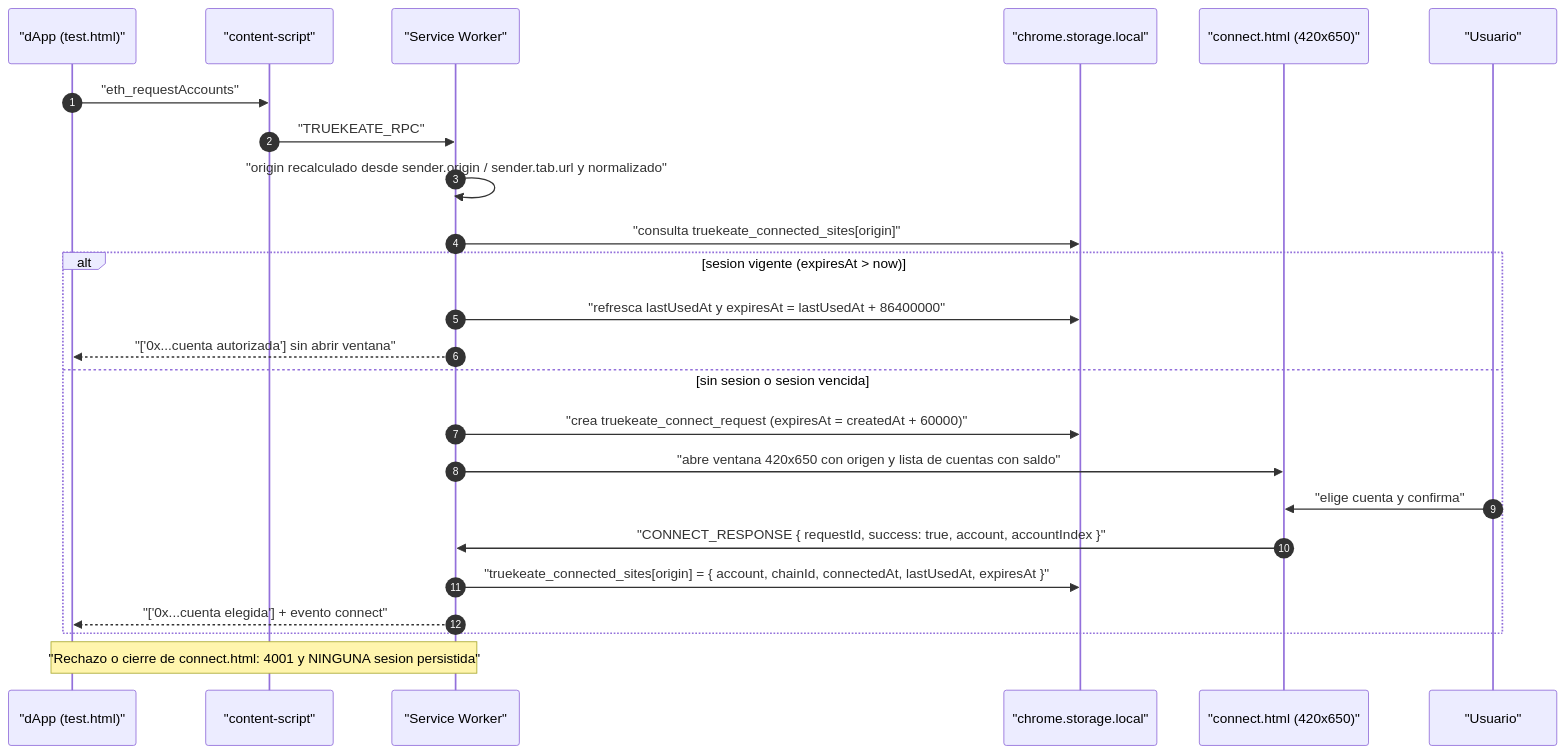
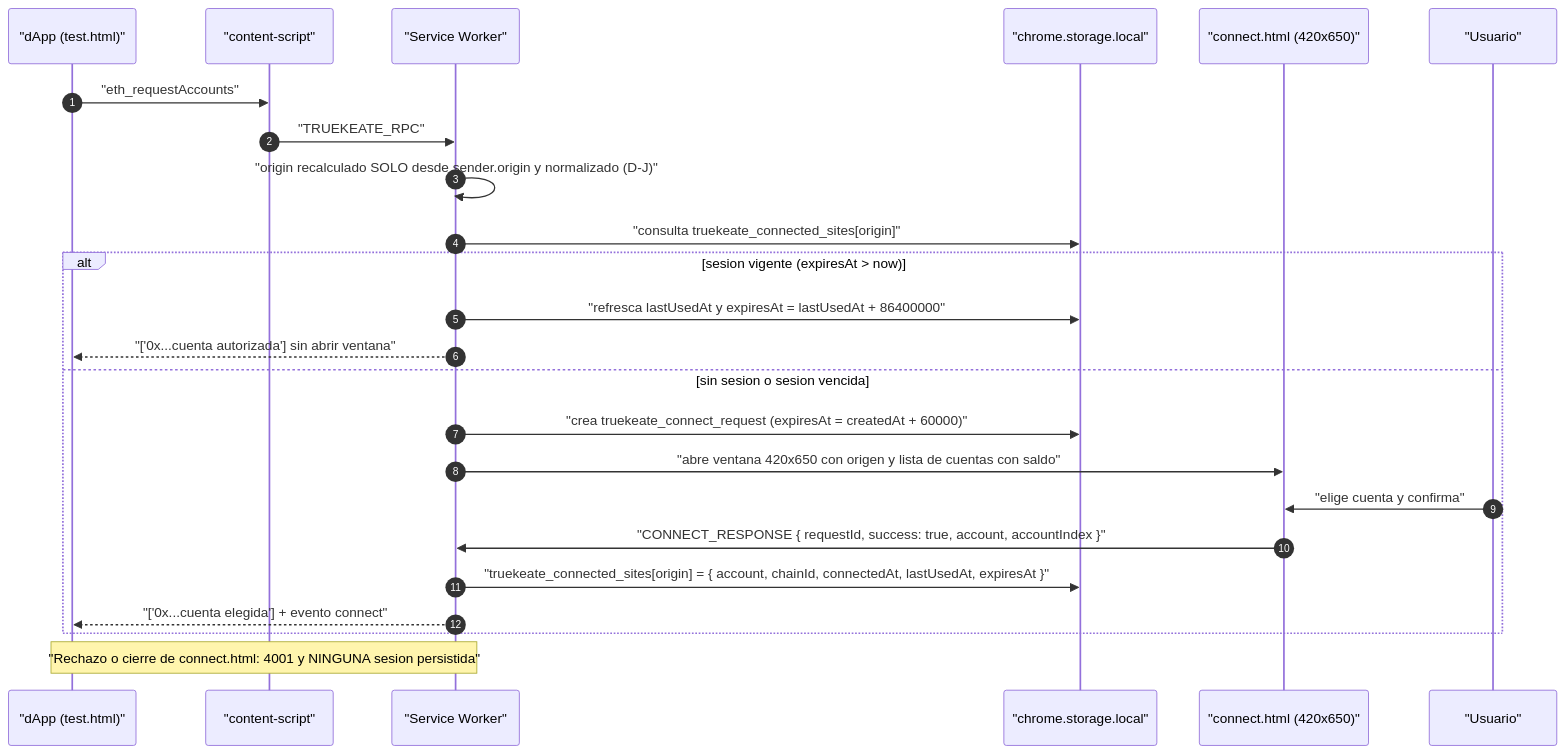
Before and after one commit to anlucorporations/chrome-wallet: the seventh of 14 diagrams in RepoTecnico/documento_tecnico.md, drawn with Mermaid. The commit also changed other lines of this file and 7 other files, not shown here.

````diff
--- a/RepoTecnico/documento_tecnico.md
+++ b/RepoTecnico/documento_tecnico.md
@@ -646,27 +706,27 @@
 ```mermaid
 sequenceDiagram
     autonumber
     participant DA as "dApp (test.html)"
     participant CS as "content-script"
     participant SW as "Service Worker"
     participant ST as "chrome.storage.local"
     participant CO as "connect.html (420x650)"
     participant US as "Usuario"
 
     DA->>CS: "eth_requestAccounts"
     CS->>SW: "TRUEKEATE_RPC"
-    SW->>SW: "origin recalculado desde sender.origin / sender.tab.url y normalizado"
+    SW->>SW: "origin recalculado SOLO desde sender.origin y normalizado (D-J)"
     SW->>ST: "consulta truekeate_connected_sites[origin]"
     alt sesion vigente (expiresAt > now)
         SW->>ST: "refresca lastUsedAt y expiresAt = lastUsedAt + 86400000"
         SW-->>DA: "['0x...cuenta autorizada'] sin abrir ventana"
     else sin sesion o sesion vencida
         SW->>ST: "crea truekeate_connect_request (expiresAt = createdAt + 60000)"
         SW->>CO: "abre ventana 420x650 con origen y lista de cuentas con saldo"
         US->>CO: "elige cuenta y confirma"
         CO->>SW: "CONNECT_RESPONSE { requestId, success: true, account, accountIndex }"
         SW->>ST: "truekeate_connected_sites[origin] = { account, chainId, connectedAt, lastUsedAt, expiresAt }"
         SW-->>DA: "['0x...cuenta elegida'] + evento connect"
     end
     Note over SW,DA: "Rechazo o cierre de connect.html: 4001 y NINGUNA sesion persistida"
 ```
````
